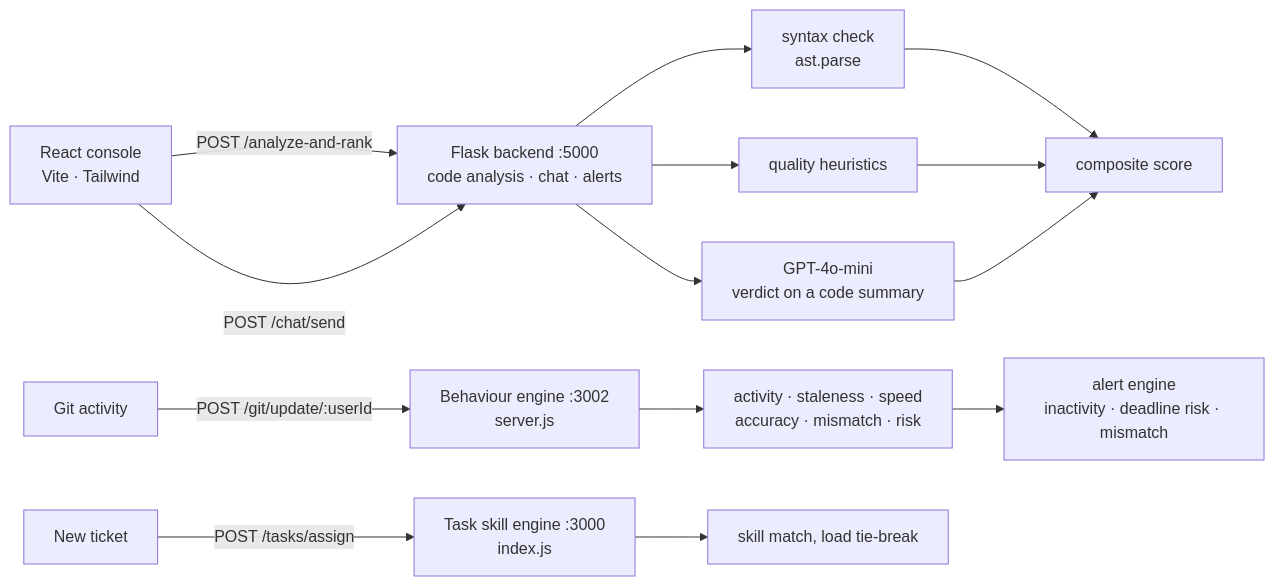
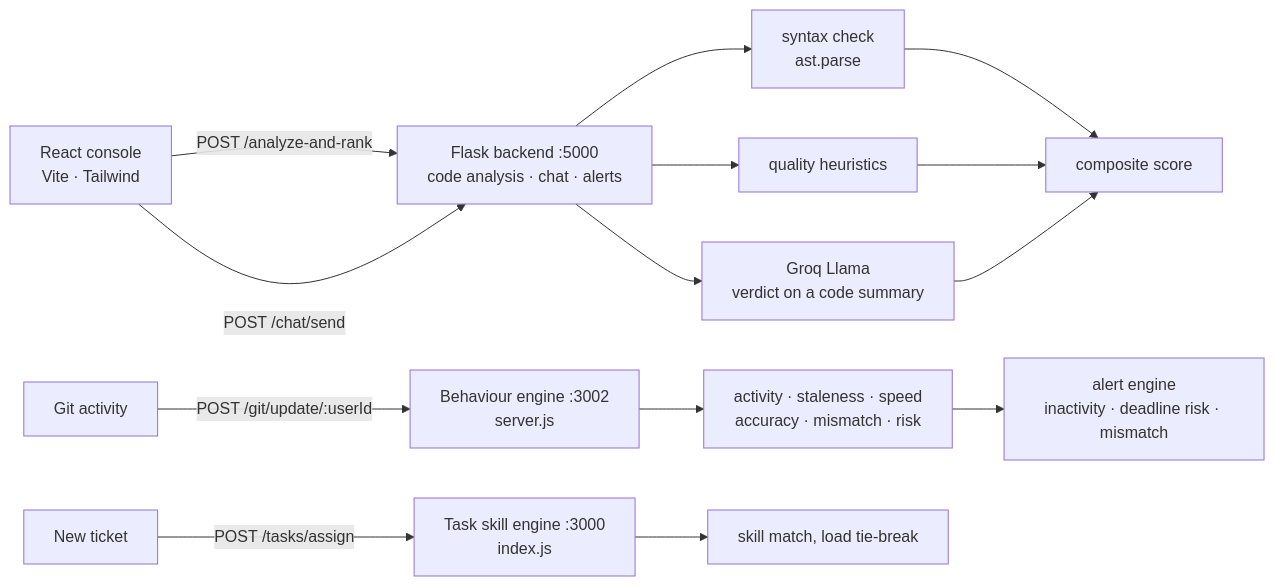
One commit to akshatkotecha/sentinel changed the diagram in README.md. Above: the diagram before and after it, drawn with Mermaid. The commit also changed other lines of this file and 10 other files, not shown here.

First line of the commit message:
Rename to Sentinel; move LLM scoring from OpenAI to Groq

````diff
--- a/README.md
+++ b/README.md
@@ -25,21 +25,21 @@
 ```mermaid
 flowchart LR
     UI["React console<br/>Vite · Tailwind"]
 
     UI -->|"POST /analyze-and-rank"| F["Flask backend :5000<br/>code analysis · chat · alerts"]
     UI -->|"POST /chat/send"| F
 
     F --> SC["syntax check<br/>ast.parse"]
     F --> QC["quality heuristics"]
-    F --> LLM["GPT-4o-mini<br/>verdict on a code summary"]
+    F --> LLM["Groq Llama<br/>verdict on a code summary"]
     SC --> SCORE["composite score"]
     QC --> SCORE
     LLM --> SCORE
 
     G["Git activity"] -->|"POST /git/update/:userId"| B["Behaviour engine :3002<br/>server.js"]
     B --> M["activity · staleness · speed<br/>accuracy · mismatch · risk"]
     M --> AL["alert engine<br/>inactivity · deadline risk · mismatch"]
 
     T["New ticket"] -->|"POST /tasks/assign"| TA["Task skill engine :3000<br/>index.js"]
     TA --> ASG["skill match, load tie-break"]
 ```
````
